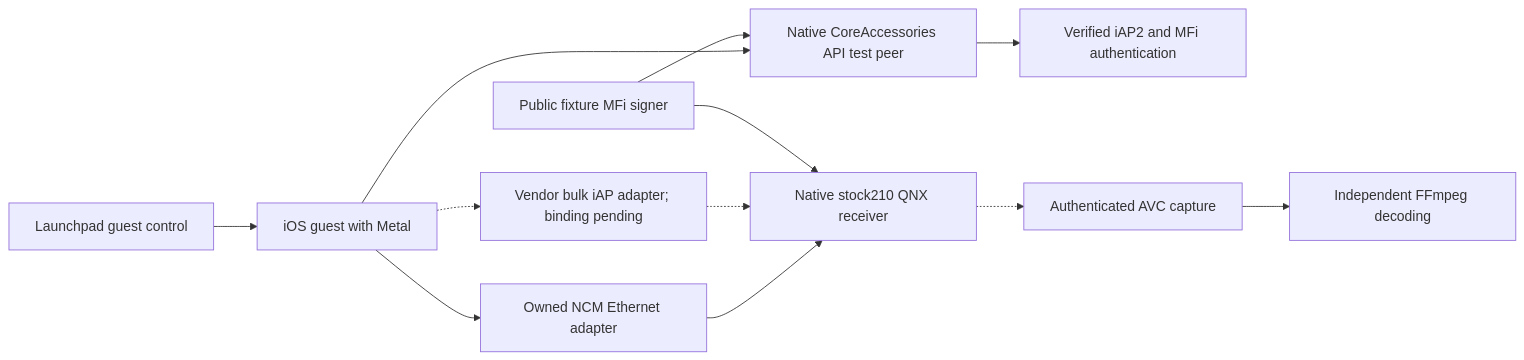
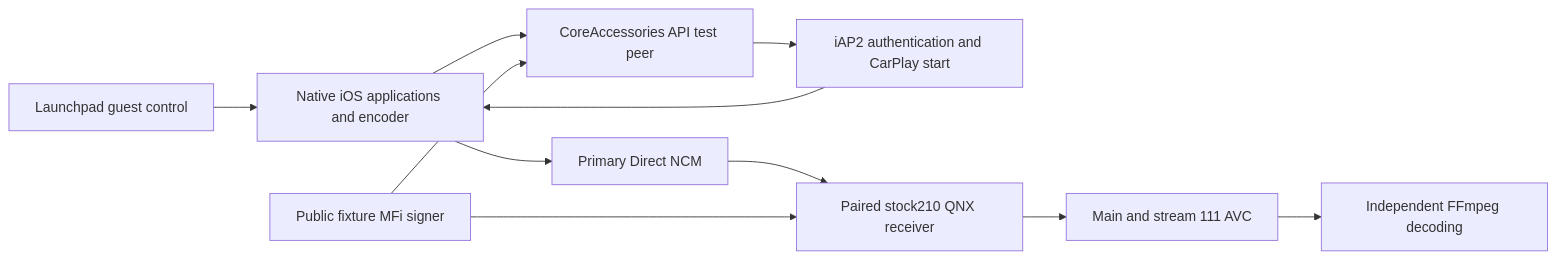
Before and after one commit to luka-dev/mib2q-carplay-rgi: the first of 2 diagrams in docs/wireless-carplay/VPHONE_LAB.md, drawn with Mermaid. The commit also changed other lines of this file and 15 other files, not shown here.

Commit message:
Bring up native vphone CarPlay video over Direct NCM

````diff
--- a/docs/wireless-carplay/VPHONE_LAB.md
+++ b/docs/wireless-carplay/VPHONE_LAB.md
@@ -77,17 +80,16 @@
 ```mermaid
 flowchart LR
     accTitle: vphone CarPlay Laboratory Migration
-    accDescr: vphone renders native applications and reaches QNX through NCM. A native CoreAccessories API test peer completes iAP2 authentication and identification; the USB binding and QNX CarPlay session remain separate checks.
+    accDescr: A native CoreAccessories API peer authenticates iAP2 and requests CarPlay. Direct NCM carries the paired stock210 QNX session and both H264 screen streams for independent host decoding.
 
-    launchpad["Launchpad guest control"] --> ios_guest["iOS guest with Metal"]
-    ios_guest --> ethernet_adapter["Owned NCM Ethernet adapter"]
-    ethernet_adapter --> qnx_receiver["Native stock210 QNX receiver"]
-    ios_guest --> api_peer["Native CoreAccessories API test peer"]
-    api_peer --> native_iap["Verified iAP2 and MFi authentication"]
+    launchpad["Launchpad guest control"] --> ios_guest["Native iOS applications and encoder"]
+    ios_guest --> api_peer["CoreAccessories API test peer"]
     mfi_signer["Public fixture MFi signer"] --> api_peer
-    ios_guest -.-> iap_adapter["Vendor bulk iAP adapter; binding pending"]
-    iap_adapter -.-> qnx_receiver
+    api_peer --> native_iap["iAP2 authentication and CarPlay start"]
+    native_iap --> ios_guest
+    ios_guest --> ethernet_adapter["Primary Direct NCM"]
+    ethernet_adapter --> qnx_receiver["Paired stock210 QNX receiver"]
     mfi_signer --> qnx_receiver
-    qnx_receiver -.-> video_capture["Authenticated AVC capture"]
+    qnx_receiver --> video_capture["Main and stream 111 AVC"]
     video_capture --> independent_decode["Independent FFmpeg decoding"]
 ```
````
